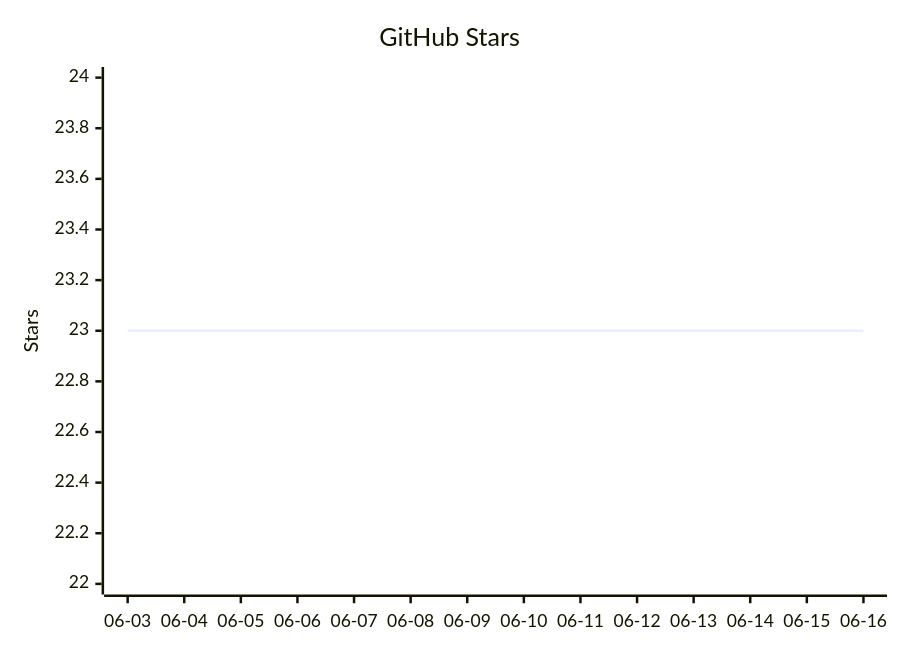
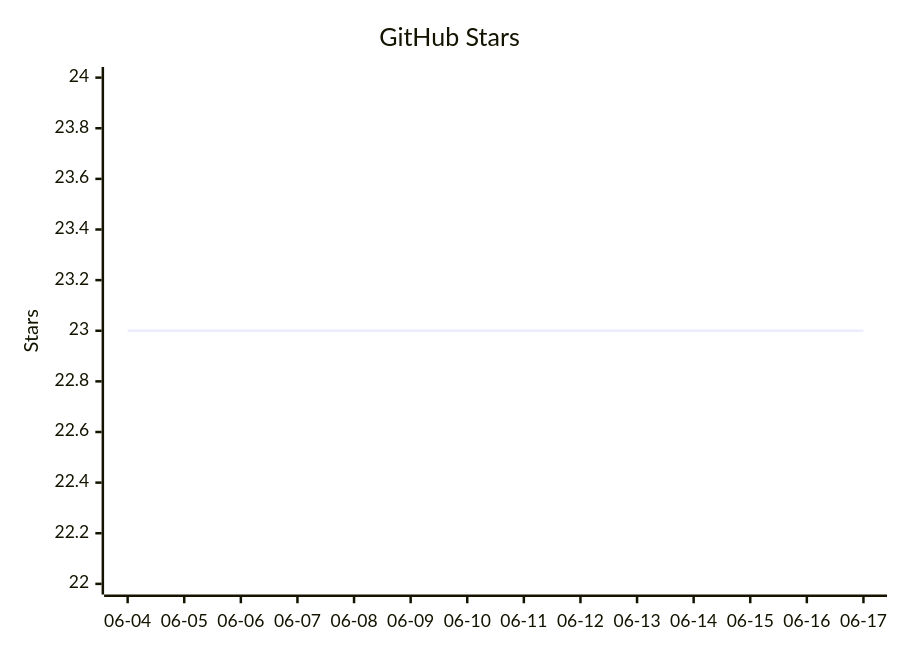
The diagram in README.mbt.md (vectie/moonclaw), drawn with Mermaid before and after one commit. The commit also changed other lines of this file and 1 other file, not shown here.

Commit message:
Update README star growth

````diff
--- a/README.mbt.md
+++ b/README.mbt.md
@@ -610,7 +610,7 @@
 ```mermaid
 xychart-beta
     title "GitHub Stars"
-    x-axis ["06-03","06-04","06-05","06-06","06-07","06-08","06-09","06-10","06-11","06-12","06-13","06-14","06-15","06-16"]
+    x-axis ["06-04","06-05","06-06","06-07","06-08","06-09","06-10","06-11","06-12","06-13","06-14","06-15","06-16","06-17"]
     y-axis "Stars" 22 --> 24
     line [23,23,23,23,23,23,23,23,23,23,23,23,23,23]
 ```
````
